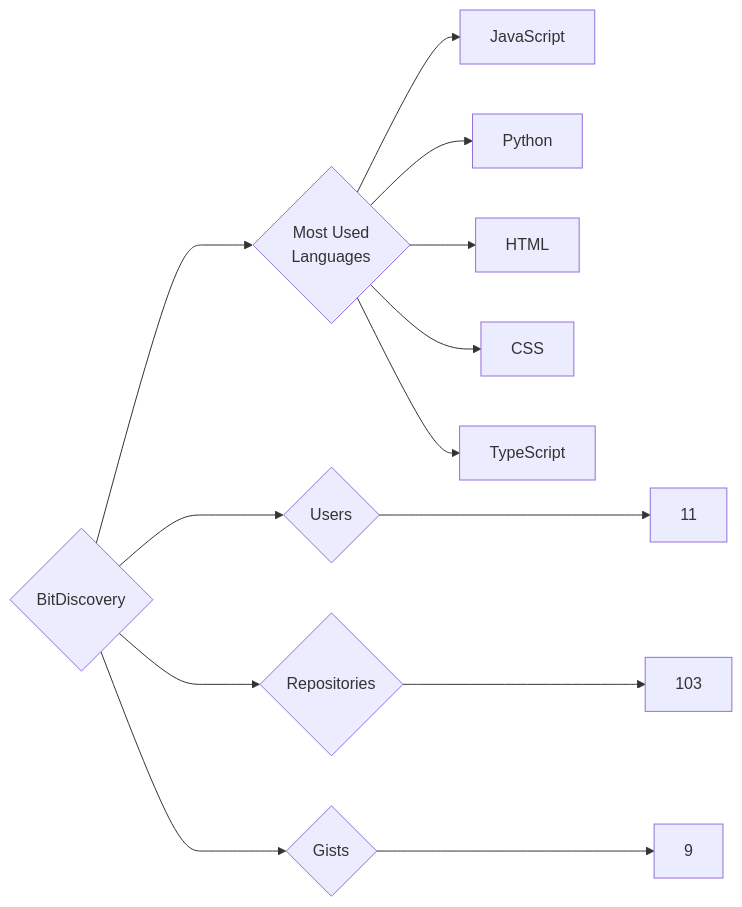
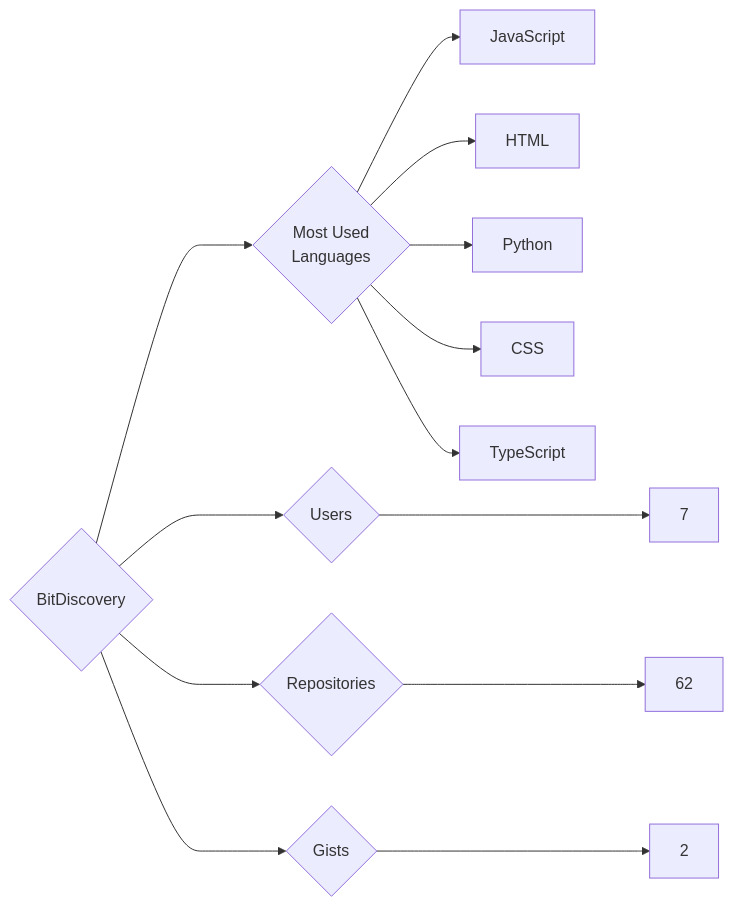
One commit to trickest/insiders changed the diagram in targets/BitDiscovery/README.md. Above: the diagram before and after it, drawn with Mermaid. The commit also changed 1078 other files, not shown here.

````diff
--- a/targets/BitDiscovery/README.md
+++ b/targets/BitDiscovery/README.md
@@ -3,13 +3,13 @@
 ```mermaid
 graph LR
 COMPANY_NAME{BitDiscovery}
-COMPANY_NAME ---> U{Users} ---> UN[11]
-COMPANY_NAME ---> R{Repositories} ---> RN[103]
-COMPANY_NAME ---> G{Gists} ---> GN[9]
+COMPANY_NAME ---> U{Users} ---> UN[7]
+COMPANY_NAME ---> R{Repositories} ---> RN[62]
+COMPANY_NAME ---> G{Gists} ---> GN[2]
 COMPANY_NAME ---> ML{Most Used<br>Languages}
 ML --> JavaScript[JavaScript]
+ML --> HTML[HTML]
 ML --> Python[Python]
-ML --> HTML[HTML]
 ML --> CSS[CSS]
 ML --> TypeScript[TypeScript]
 ```
````
